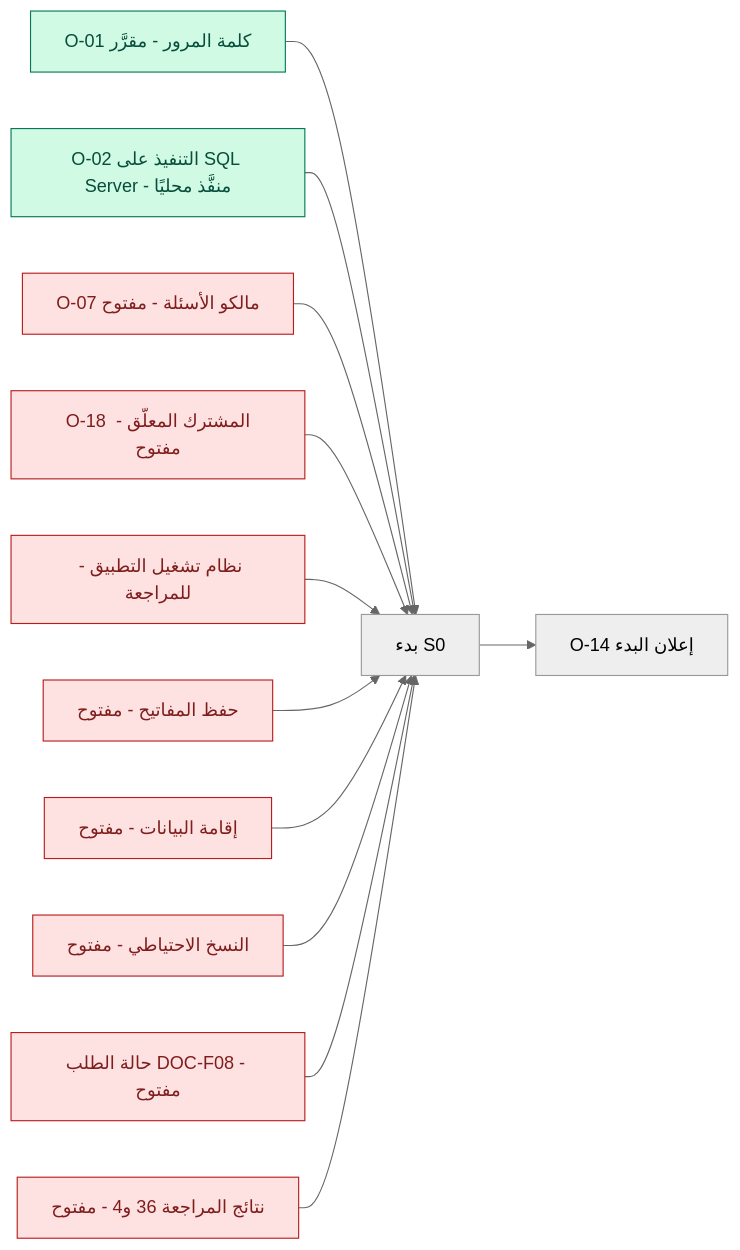
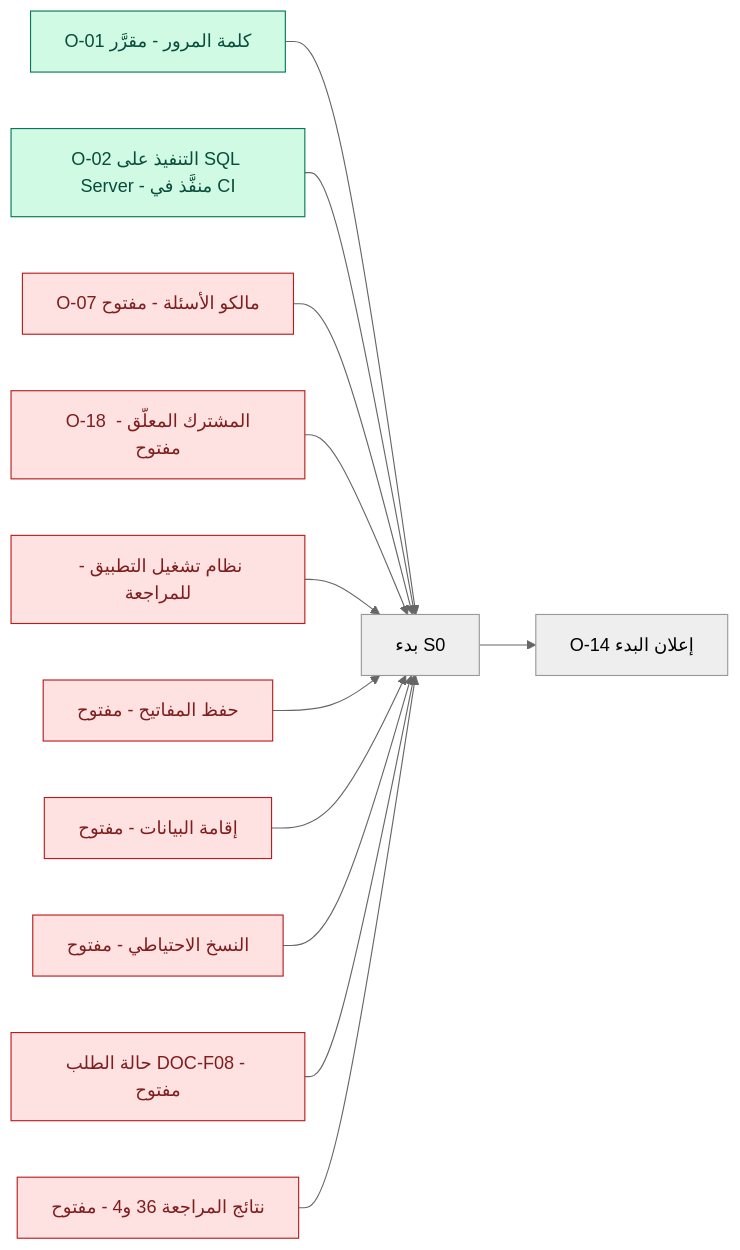
The second of 2 diagrams in treasury-platform/docs/30-readiness/DOC-B09-raci-and-decision-ownership.md (thawrasy/smartlines), drawn with Mermaid (neutral theme) before and after one commit. The commit also changed other lines of this file and 12 other files, not shown here.

````diff
--- a/treasury-platform/docs/30-readiness/DOC-B09-raci-and-decision-ownership.md
+++ b/treasury-platform/docs/30-readiness/DOC-B09-raci-and-decision-ownership.md
@@ -74,18 +74,18 @@
 ```mermaid
 flowchart LR
   G1["O-01 كلمة المرور - مقرَّر"] --> S0["بدء S0"]
-  G2["O-02 التنفيذ على SQL Server - منفَّذ محليًا"] --> S0
+  G2["O-02 التنفيذ على SQL Server - منفَّذ في CI"] --> S0
   G3["O-07 مالكو الأسئلة - مفتوح"] --> S0
   G4["O-18 المشترك المعلّق - مفتوح"] --> S0
   G5["نظام تشغيل التطبيق - للمراجعة"] --> S0
   G6["حفظ المفاتيح - مفتوح"] --> S0
   G7["إقامة البيانات - مفتوح"] --> S0
   G8["النسخ الاحتياطي - مفتوح"] --> S0
   G9["حالة الطلب DOC-F08 - مفتوح"] --> S0
   G10["نتائج المراجعة 36 و4 - مفتوح"] --> S0
   S0 --> O14["O-14 إعلان البدء"]
   classDef done fill:#d1fae5,stroke:#047857,color:#064e3b
   classDef open fill:#fee2e2,stroke:#b91c1c,color:#7f1d1d
   class G1,G2 done
   class G3,G4,G5,G6,G7,G8,G9,G10 open
 ```
````
